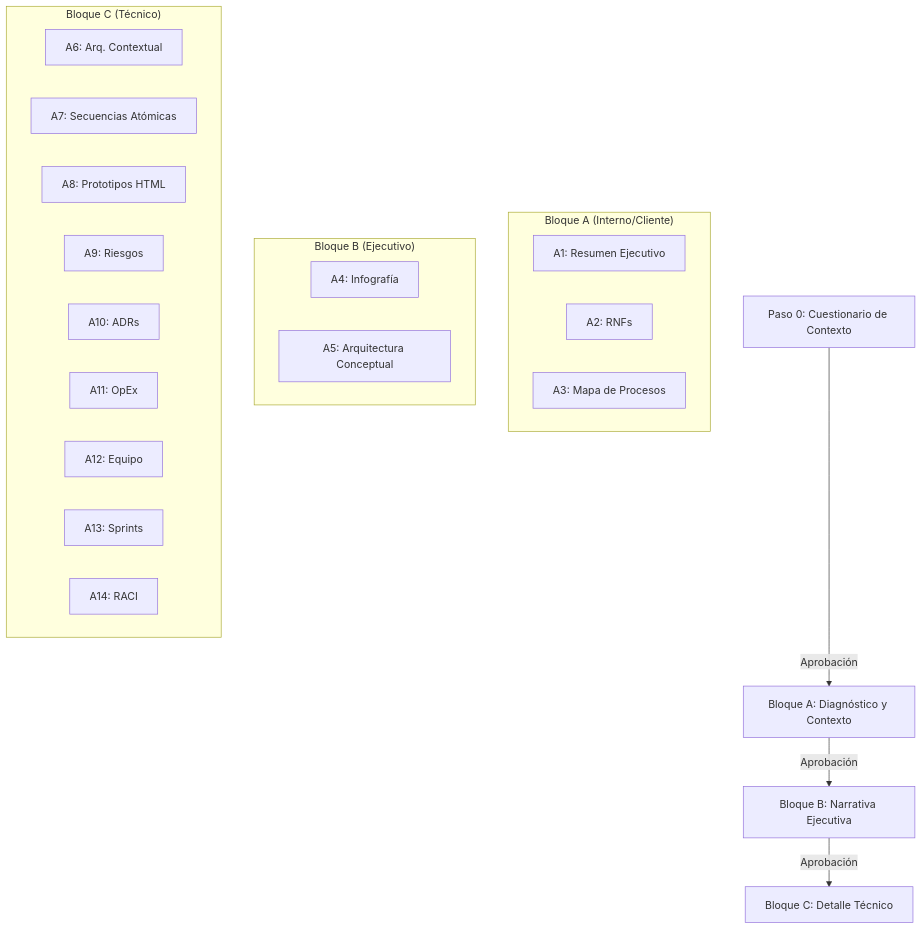
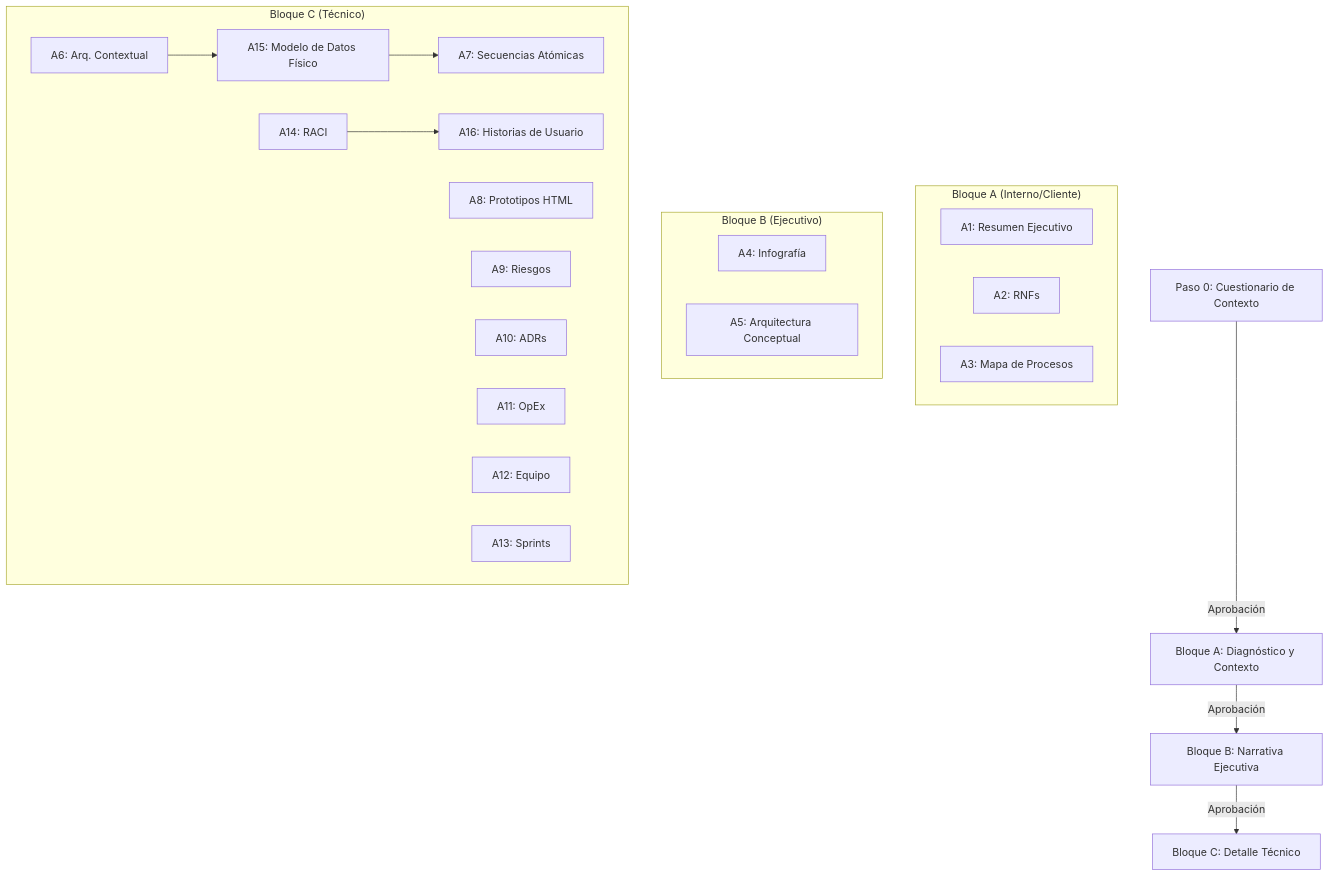
The first of 4 diagrams in README_es.md (alejandroSanchezCaceres/cortex-skill-architectural-analysis), drawn with Mermaid before and after one commit. The commit also changed other lines of this file and 3 other files, not shown here.

````diff
--- a/README_es.md
+++ b/README_es.md
@@ -25,29 +27,33 @@
 ```mermaid
 graph TD
     P0[Paso 0: Cuestionario de Contexto] --> |Aprobación| BA[Bloque A: Diagnóstico y Contexto]
     BA --> |Aprobación| BB[Bloque B: Narrativa Ejecutiva]
     BB --> |Aprobación| BC[Bloque C: Detalle Técnico]
     
     subgraph "Bloque A (Interno/Cliente)"
         A1[A1: Resumen Ejecutivo]
         A2[A2: RNFs]
         A3[A3: Mapa de Procesos]
     end
     
     subgraph "Bloque B (Ejecutivo)"
         A4[A4: Infografía]
         A5[A5: Arquitectura Conceptual]
     end
     
     subgraph "Bloque C (Técnico)"
         A6[A6: Arq. Contextual]
+        A15[A15: Modelo de Datos Físico]
         A7[A7: Secuencias Atómicas]
         A8[A8: Prototipos HTML]
         A9[A9: Riesgos]
         A10[A10: ADRs]
         A11[A11: OpEx]
         A12[A12: Equipo]
         A13[A13: Sprints]
         A14[A14: RACI]
+        A16[A16: Historias de Usuario]
+        A6 --> A15 --> A7
+        A14 --> A16
     end
 ```
````
